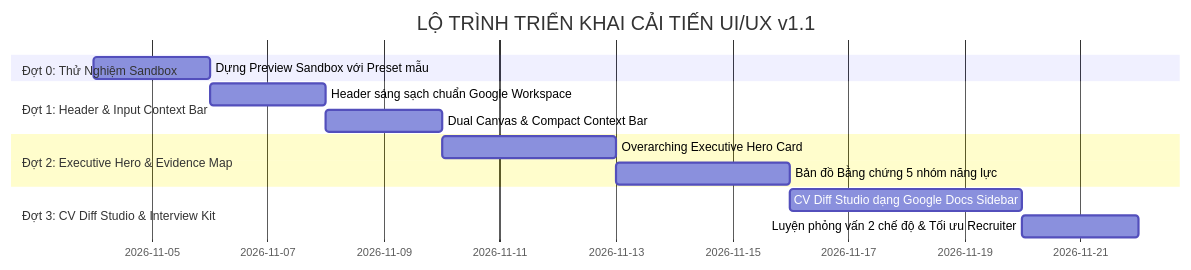
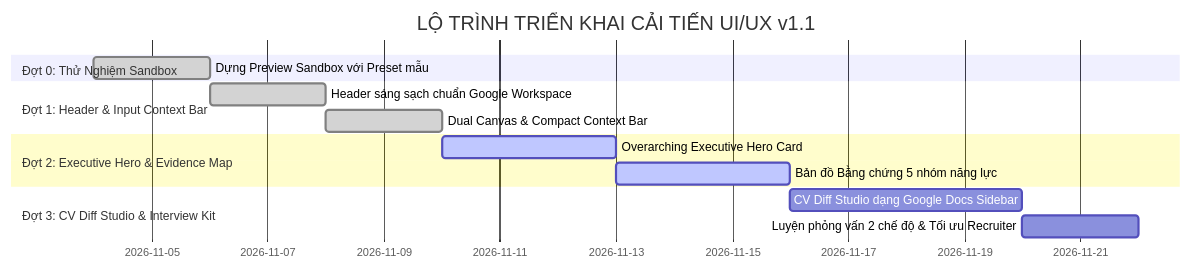
One commit to vutch86-cmyk/rolematch2 changed the second of 2 diagrams in docs/UI_UX_IMPLEMENTATION_PLAN.md. Above: the diagram before and after it, drawn with Mermaid. The commit also changed other lines of this file and 1 other file, not shown here.

Commit message:
docs(phase2): add architecture RFC and brainstorming blueprint for Executive Hero & Evidence Map

````diff
--- a/docs/UI_UX_IMPLEMENTATION_PLAN.md
+++ b/docs/UI_UX_IMPLEMENTATION_PLAN.md
@@ -164,16 +171,16 @@
 ```mermaid
 gantt
     title LỘ TRÌNH TRIỂN KHAI CẢI TIẾN UI/UX v1.1
     dateFormat  YYYY-MM-DD
     section Đợt 0: Thử Nghiệm Sandbox
-    Dựng Preview Sandbox với Preset mẫu        :p0, 2026-11-04, 2d
+    Dựng Preview Sandbox với Preset mẫu        :done, p0, 2026-11-04, 2d
     section Đợt 1: Header & Input Context Bar
-    Header sáng sạch chuẩn Google Workspace    :p1_1, after p0, 2d
-    Dual Canvas & Compact Context Bar          :p1_2, after p1_1, 2d
+    Header sáng sạch chuẩn Google Workspace    :done, p1_1, after p0, 2d
+    Dual Canvas & Compact Context Bar          :done, p1_2, after p1_1, 2d
     section Đợt 2: Executive Hero & Evidence Map
-    Overarching Executive Hero Card            :p2_1, after p1_2, 3d
-    Bản đồ Bằng chứng 5 nhóm năng lực          :p2_2, after p2_1, 3d
+    Overarching Executive Hero Card            :active, p2_1, after p1_2, 3d
+    Bản đồ Bằng chứng 5 nhóm năng lực          :active, p2_2, after p2_1, 3d
     section Đợt 3: CV Diff Studio & Interview Kit
     CV Diff Studio dạng Google Docs Sidebar    :p3_1, after p2_2, 4d
     Luyện phỏng vấn 2 chế độ & Tối ưu Recruiter:p3_2, after p3_1, 2d
 ```
````
